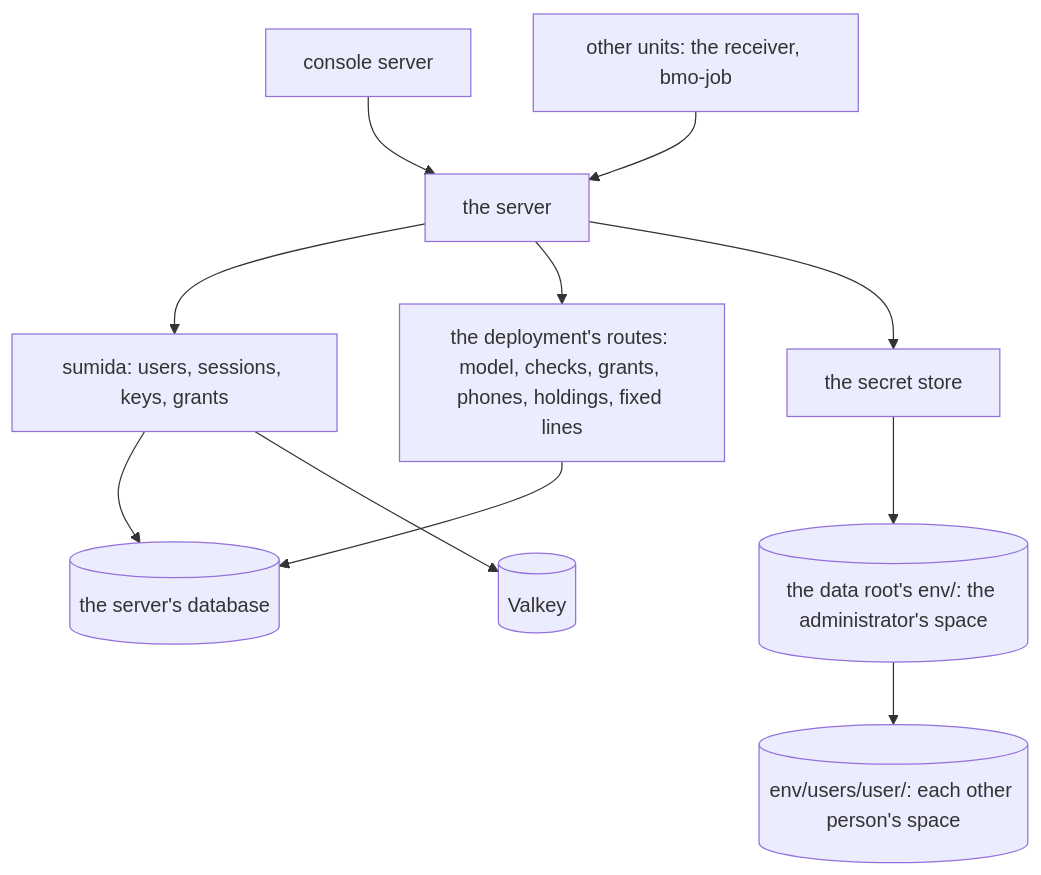
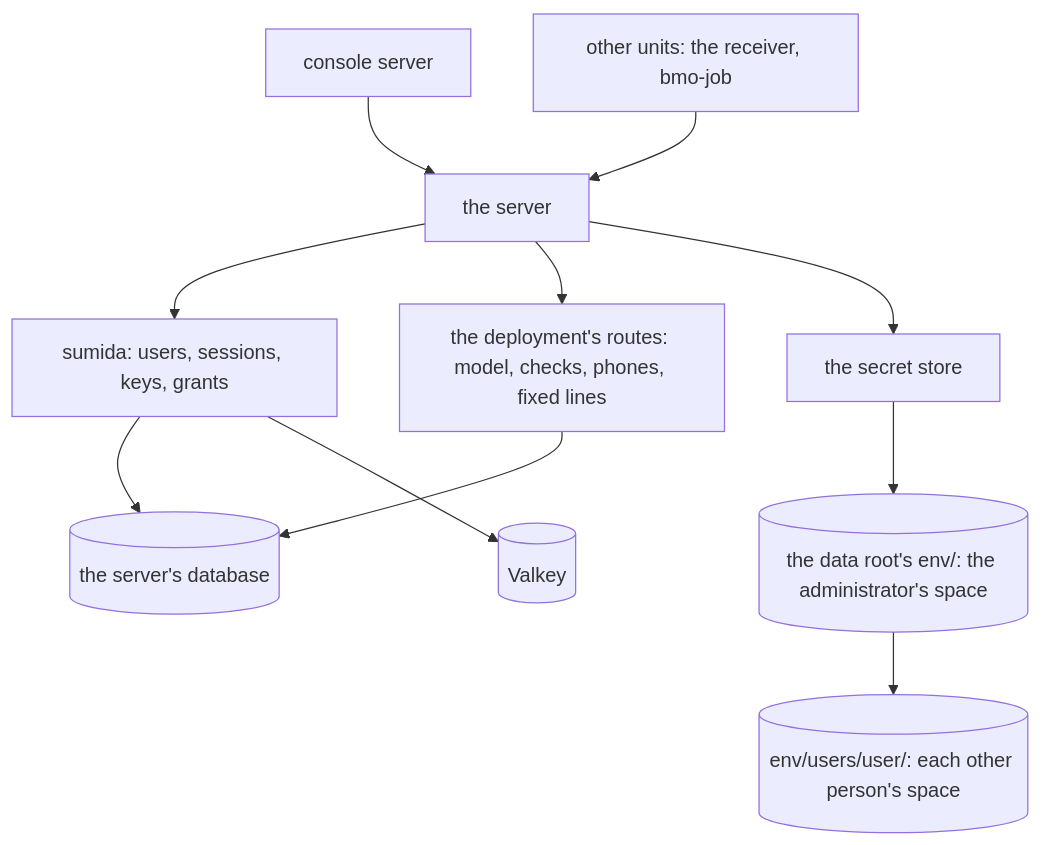
One commit to ahas/bmo-platform changed the diagram in docs/accounts.md. Above: the diagram before and after it, drawn with Mermaid. The commit also changed other lines of this file and 81 other files, not shown here.

````diff
--- a/docs/accounts.md
+++ b/docs/accounts.md
@@ -21,13 +23,13 @@
 ```mermaid
 flowchart TD
   Console[console server] --> Server[the server]
   Units[other units: the receiver, bmo-job] --> Server
   Server --> Sumida[sumida: users, sessions, keys, grants]
-  Server --> Own[the deployment's routes: model, checks, grants, phones, holdings, fixed lines]
+  Server --> Own[the deployment's routes: model, checks, phones, fixed lines]
   Server --> Store[the secret store]
   Sumida --> PG[(the server's database)]
   Own --> PG
   Store --> Env[(the data root's env/: the administrator's space)]
   Env --> Spaces[(env/users/user/: each other person's space)]
   Sumida --> Valkey[(Valkey)]
 ```
````
